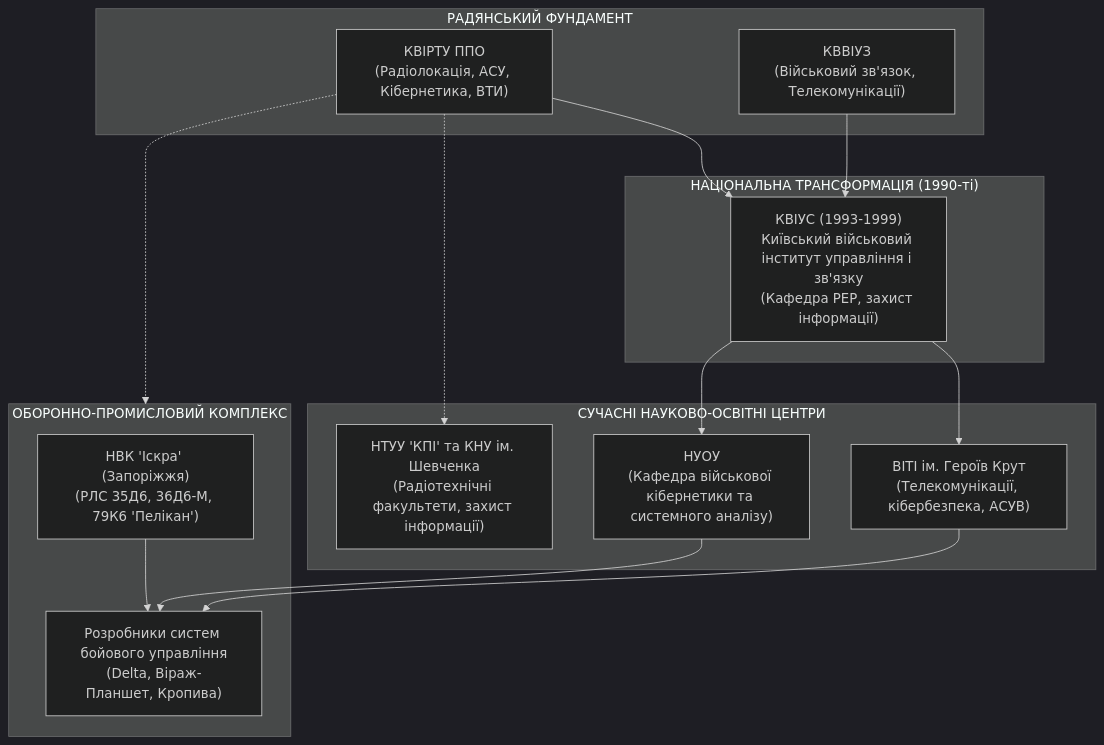
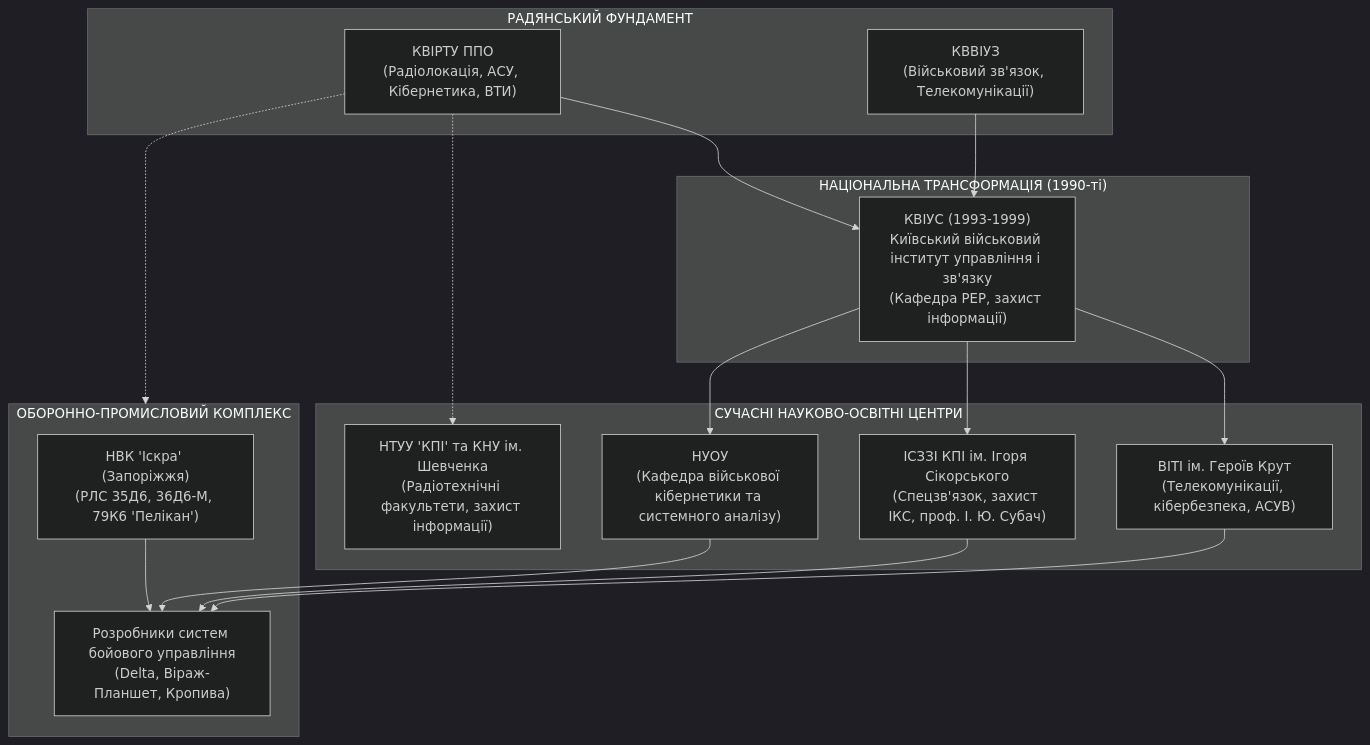
The fourth of 6 diagrams in MilTech/Ukrainian-Military-Cybernetics-School-UA.md (nick-fedchik/articles), drawn with Mermaid (dark theme) before and after one commit. The commit also changed other lines of this file, not shown here.

Commit message:
feat(miltech): document scientific contribution of Professor Ihor Subach (ISZZI KPI) in cyber defense, complex networks, and data mining

````diff
--- a/MilTech/Ukrainian-Military-Cybernetics-School-UA.md
+++ b/MilTech/Ukrainian-Military-Cybernetics-School-UA.md
@@ -232,30 +232,32 @@
 ```mermaid
 flowchart TD
     subgraph Roots["РАДЯНСЬКИЙ ФУНДАМЕНТ"]
         KVIRTU["КВІРТУ ППО\n(Радіолокація, АСУ, Кібернетика, ВТИ)"]
         KVVIUZ["КВВІУЗ\n(Військовий зв'язок, Телекомунікації)"]
     end
 
     subgraph Transformation["НАЦІОНАЛЬНА ТРАНСФОРМАЦІЯ (1990-ті)"]
         KVIUS["КВІУС (1993-1999)\nКиївський військовий інститут управління і зв'язку\n(Кафедра РЕР, захист інформації)"]
     end
 
     subgraph ModernAcademia["СУЧАСНІ НАУКОВО-ОСВІТНІ ЦЕНТРИ"]
         VITI["ВІТІ ім. Героїв Крут\n(Телекомунікації, кібербезпека, АСУВ)"]
+        ISZZI["ІСЗЗІ КПІ ім. Ігоря Сікорського\n(Спецзв'язок, захист ІКС, проф. І. Ю. Субач)"]
         NUOU["НУОУ\n(Кафедра військової кібернетики та системного аналізу)"]
         KPI_KNU["НТУУ 'КПІ' та КНУ ім. Шевченка\n(Радіотехнічні факультети, захист інформації)"]
     end
 
     subgraph Industry["ОБОРОННО-ПРОМИСЛОВИЙ КОМПЛЕКС"]
         Iskra["НВК 'Іскра' (Запоріжжя)\n(РЛС 35Д6, 36Д6-М, 79К6 'Пелікан')"]
         DigitalDev["Розробники систем бойового управління\n(Delta, Віраж-Планшет, Кропива)"]
     end
 
     KVIRTU & KVVIUZ --> KVIUS
     KVIUS --> VITI
+    KVIUS --> ISZZI
     KVIUS --> NUOU
     KVIRTU -.-> Industry
     KVIRTU -.-> KPI_KNU
-    VITI & NUOU --> DigitalDev
+    VITI & ISZZI & NUOU --> DigitalDev
     Iskra --> DigitalDev
 ```
````
